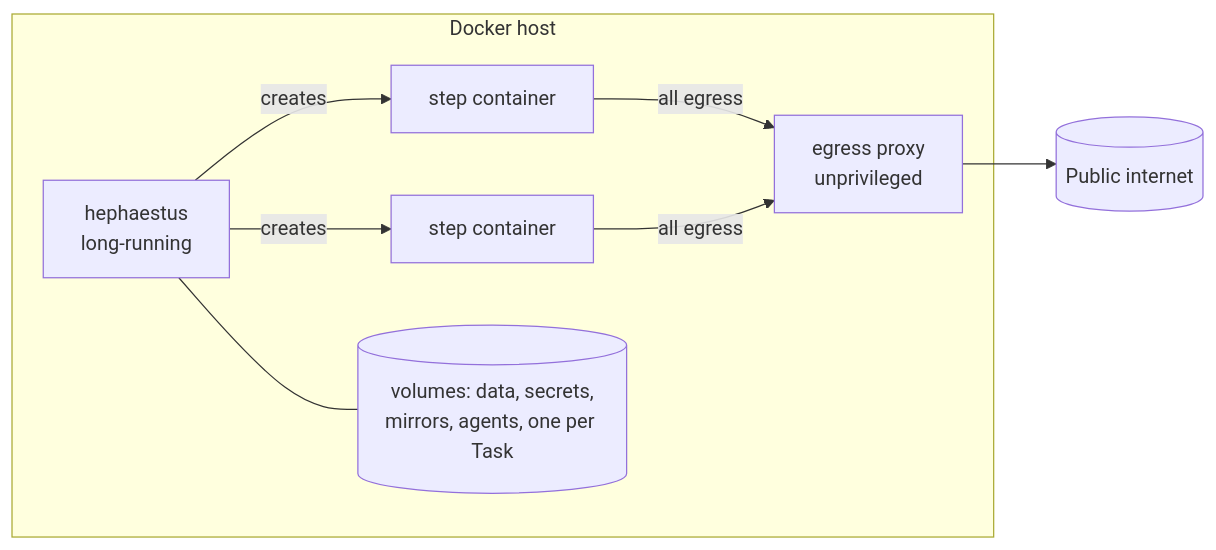
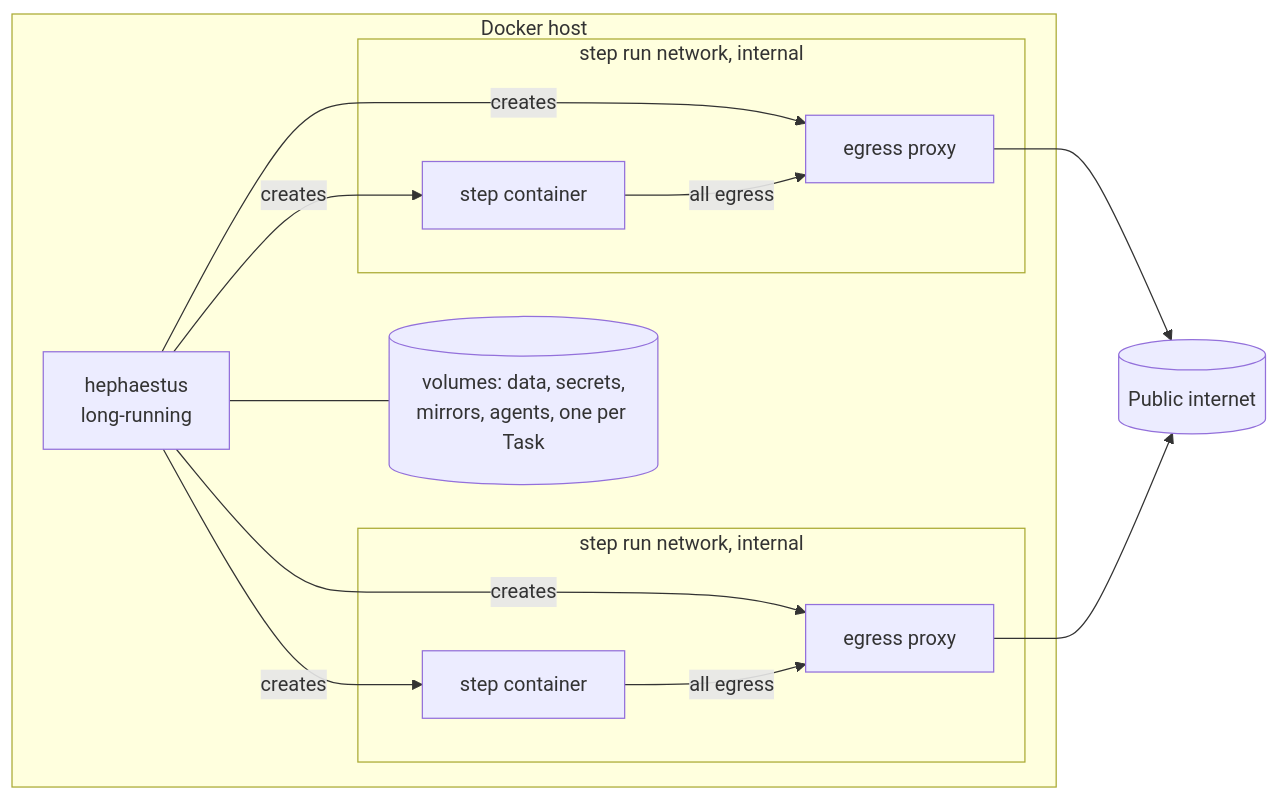
Before and after one commit to adamcharusta/Hephaestus: the sixth of 6 diagrams in docs/architecture.md, drawn with Mermaid. The commit also changed other lines of this file and 64 other files, not shown here.

````diff
--- a/docs/architecture.md
+++ b/docs/architecture.md
@@ -214,16 +214,24 @@
 ```mermaid
 flowchart LR
     subgraph Host[Docker host]
         H[hephaestus<br/>long-running]
-        S1[step container]
-        S2[step container]
-        P[egress proxy<br/>unprivileged]
+        subgraph N1[step run network, internal]
+            S1[step container]
+            P1[egress proxy]
+        end
+        subgraph N2[step run network, internal]
+            S2[step container]
+            P2[egress proxy]
+        end
         V[(volumes: data, secrets,<br/>mirrors, agents, one per Task)]
     end
     H -->|creates| S1
     H -->|creates| S2
-    S1 -->|all egress| P
-    S2 -->|all egress| P
-    P --> Internet[(Public internet)]
+    H -->|creates| P1
+    H -->|creates| P2
+    S1 -->|all egress| P1
+    S2 -->|all egress| P2
+    P1 --> Internet[(Public internet)]
+    P2 --> Internet
     H --- V
 ```
````
